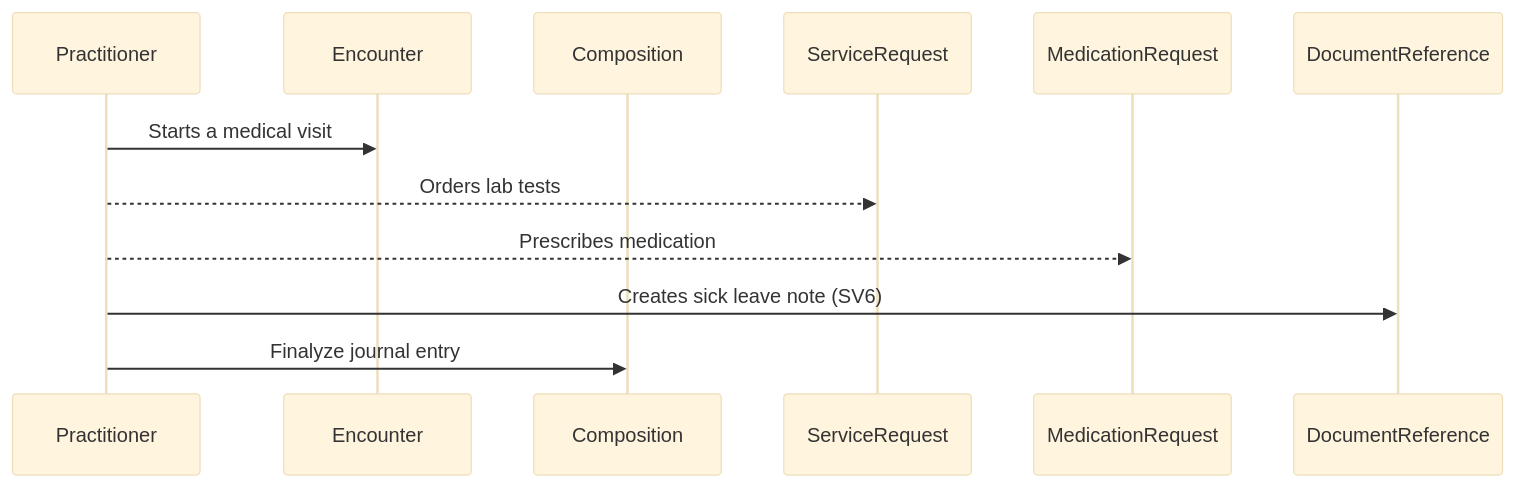
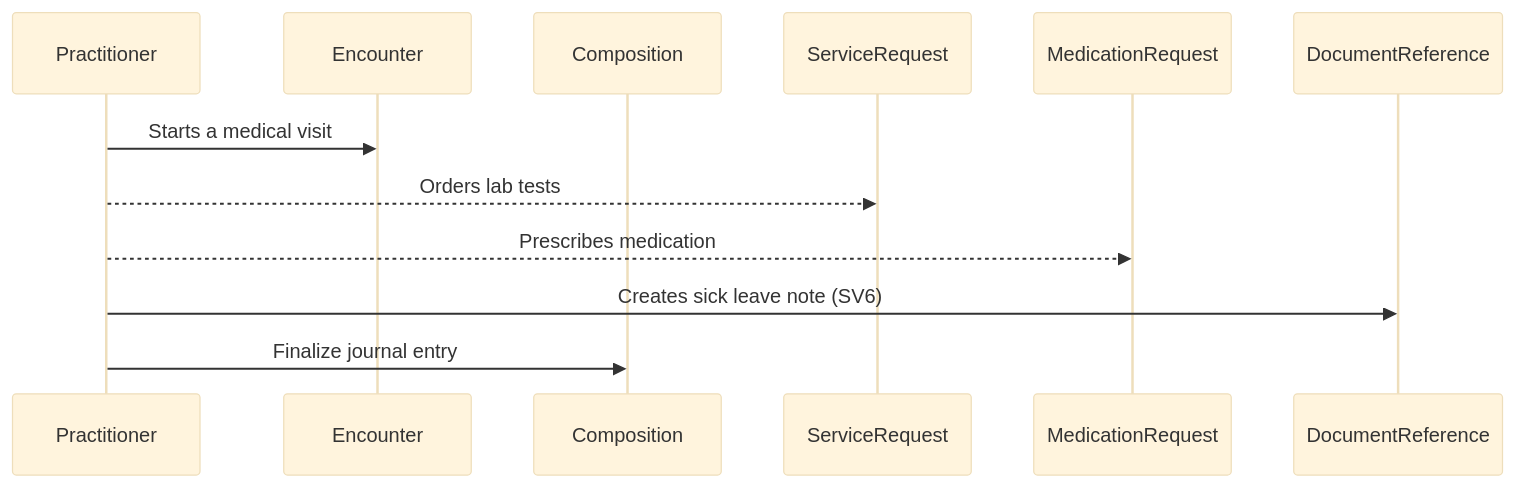
One commit to Marssix/fhir-examples changed the diagram in README.md. Above: the diagram before and after it, drawn with Mermaid (base theme).

````diff
--- a/README.md
+++ b/README.md
@@ -7,15 +7,15 @@
 ```mermaid
 sequenceDiagram
     participant Practitioner
     participant Encounter
     participant Composition
     participant ServiceRequest
     participant MedicationRequest
     participant DocumentReference
 
     Practitioner->>Encounter: Starts a medical visit
     Practitioner-->>ServiceRequest: Orders lab tests
     Practitioner-->>MedicationRequest: Prescribes medication
     Practitioner->>DocumentReference: Creates sick leave note (SV6)
-    Practitioner->>Composition: Finalyze journal entry
+    Practitioner->>Composition: Finalize journal entry
 ```
````
